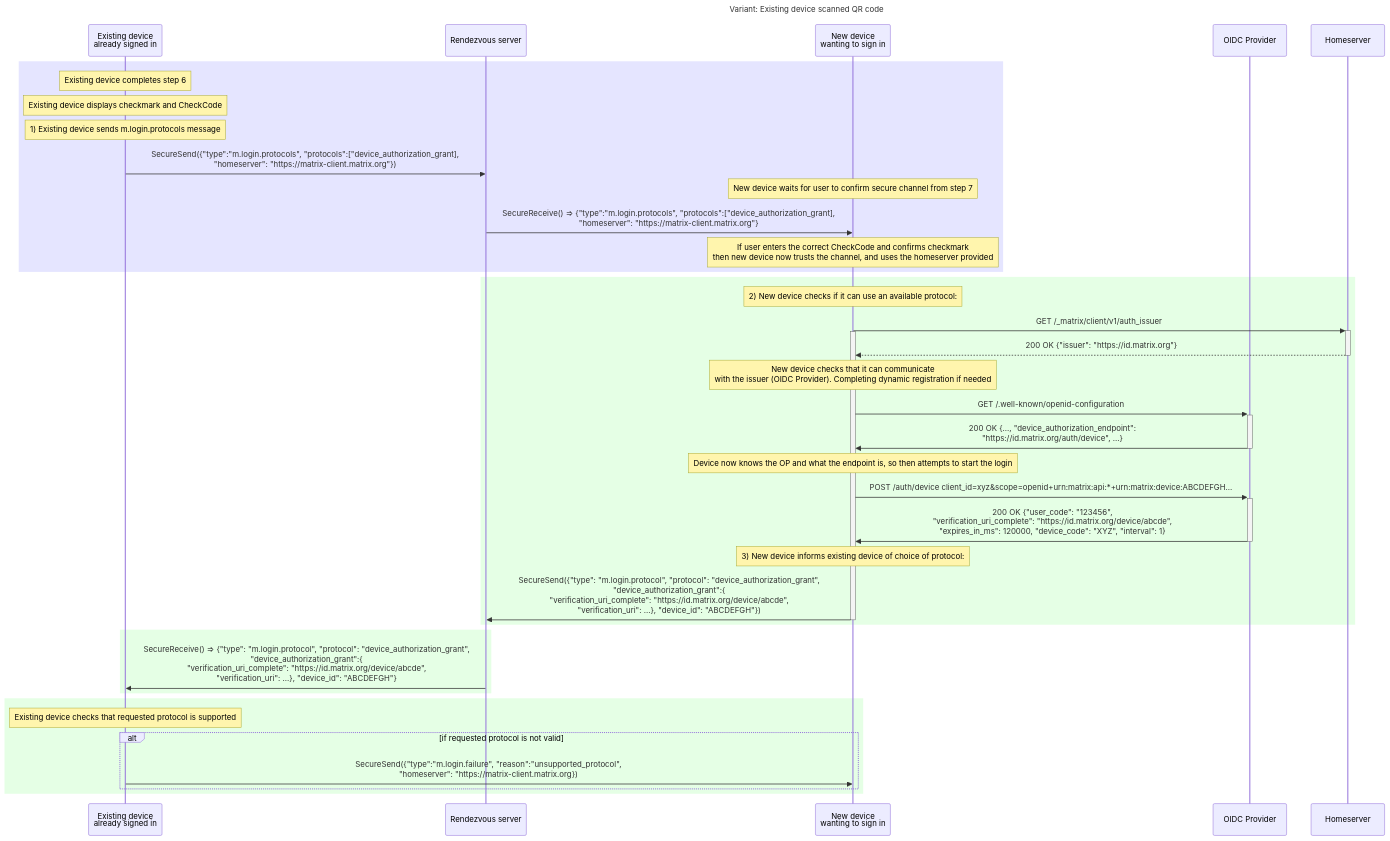
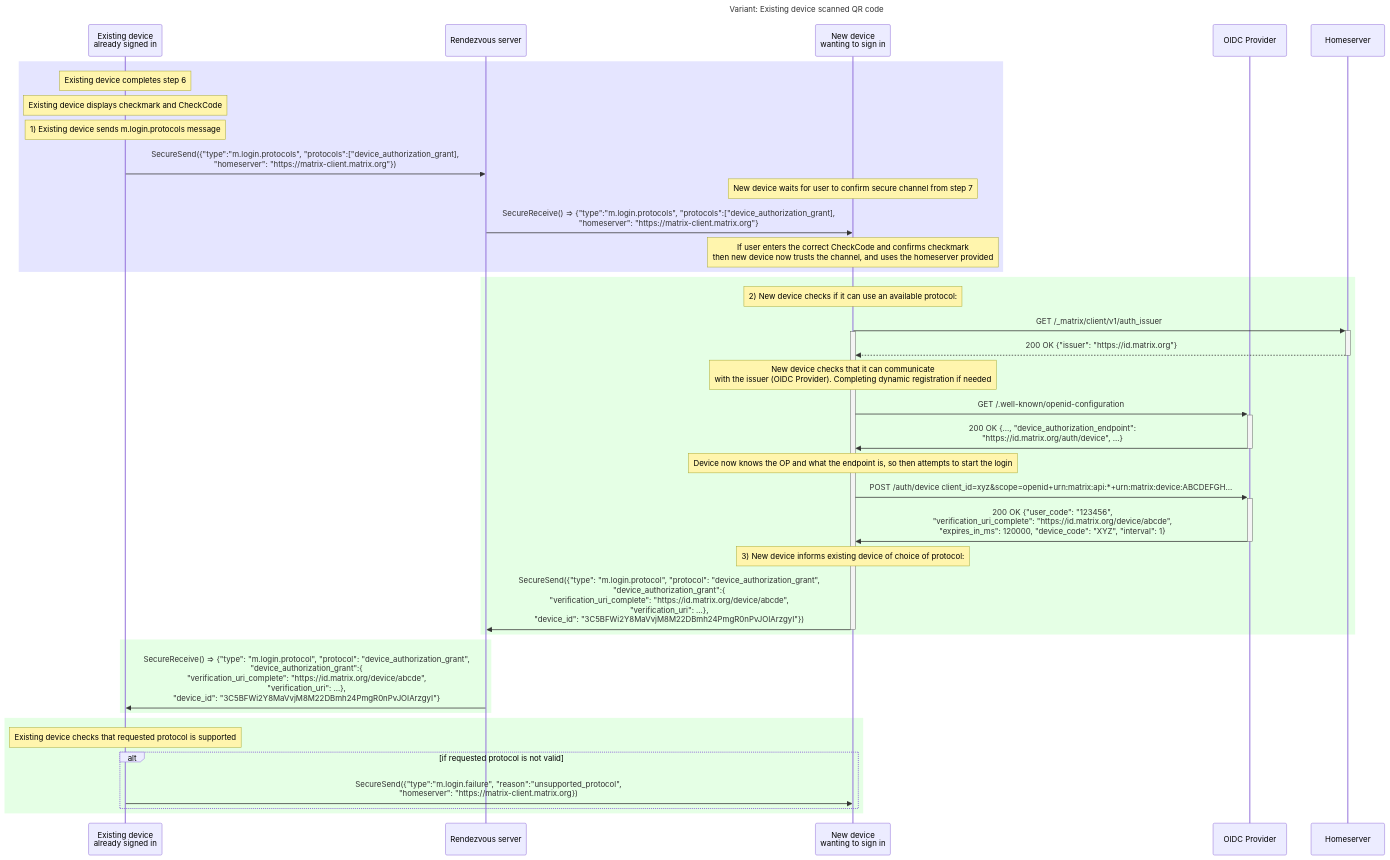
The fourth of 6 diagrams in proposals/4108-oidc-qr-login.md (matrix-org/matrix-spec-proposals), drawn with Mermaid before and after one commit. The commit also changed other lines of this file, not shown here.

Commit message:
Commit to device ID = identity key and prove ownership of that key.

````diff
--- a/proposals/4108-oidc-qr-login.md
+++ b/proposals/4108-oidc-qr-login.md
@@ -883,65 +891,65 @@
 ```mermaid
 sequenceDiagram
     title: Variant: Existing device scanned QR code
     participant E as Existing device <br>already signed in
     participant Z as Rendezvous server
     participant N as New device <br>wanting to sign in
     participant OP as OIDC Provider
     participant HS as Homeserver
 
 
     #alt if New device scanned QR code
     #    note over N: New device completes checks from secure channel establishment step 6 - it now trusts the channel
     #    note over N: 1) New device got Homeserver base URL from QR code
 
     rect rgba(0,0,255, 0.1)
     #else if Existing device scanned QR code
         note over E: Existing device completes step 6
         note over E: Existing device displays checkmark and CheckCode
         note over E: 1) Existing device sends m.login.protocols message
         E->>Z: SecureSend({"type":"m.login.protocols", "protocols":["device_authorization_grant],<br> "homeserver": "https://matrix-client.matrix.org"})
         note over N: New device waits for user to confirm secure channel from step 7
         Z->>N: SecureReceive() => {"type":"m.login.protocols", "protocols":["device_authorization_grant],<br> "homeserver": "https://matrix-client.matrix.org"}
         note over N: If user enters the correct CheckCode and confirms checkmark<br>then new device now trusts the channel, and uses the homeserver provided
     end
 
 
     rect rgba(0,255,0, 0.1)
     note over N: 2) New device checks if it can use an available protocol:
         N->>+HS: GET /_matrix/client/v1/auth_issuer
     activate N
         HS-->>-N: 200 OK {"issuer": "https://id.matrix.org"}
         Note over N: New device checks that it can communicate<br> with the issuer (OIDC Provider). Completing dynamic registration if needed 
         N->>+OP: GET /.well-known/openid-configuration
         OP->>-N: 200 OK {..., "device_authorization_endpoint":<br> "https://id.matrix.org/auth/device", ...}
         Note over N: Device now knows the OP and what the endpoint is, so then attempts to start the login
         N->>+OP: POST /auth/device client_id=xyz&scope=openid+urn:matrix:api:*+urn:matrix:device:ABCDEFGH...
         OP->>-N: 200 OK {"user_code": "123456",<br>"verification_uri_complete": "https://id.matrix.org/device/abcde",<br>"expires_in_ms": 120000, "device_code": "XYZ", "interval": 1}
         note over N: 3) New device informs existing device of choice of protocol:
-        N->>Z: SecureSend({"type": "m.login.protocol", "protocol": "device_authorization_grant",<br> "device_authorization_grant":{<br>"verification_uri_complete": "https://id.matrix.org/device/abcde",<br>"verification_uri": ...}, "device_id": "ABCDEFGH"})
+        N->>Z: SecureSend({"type": "m.login.protocol", "protocol": "device_authorization_grant",<br> "device_authorization_grant":{<br>"verification_uri_complete": "https://id.matrix.org/device/abcde",<br>"verification_uri": ...},<br>"device_id": "3C5BFWi2Y8MaVvjM8M22DBmh24PmgR0nPvJOIArzgyI"})
 
     deactivate N
     end
 
     # alt if New device scanned QR code
     #    note over N: New device displays checkmark and CheckCode
     #    note over E: Existing device waits for user to enter CheckCode<br>and confirm secure channel from step 7
     #end
 
     rect rgba(0,255,0, 0.1)
-        Z->>E: SecureReceive() => {"type": "m.login.protocol", "protocol": "device_authorization_grant",<br> "device_authorization_grant":{<br>"verification_uri_complete": "https://id.matrix.org/device/abcde",<br>"verification_uri": ...}, "device_id": "ABCDEFGH"}
+        Z->>E: SecureReceive() => {"type": "m.login.protocol", "protocol": "device_authorization_grant",<br> "device_authorization_grant":{<br>"verification_uri_complete": "https://id.matrix.org/device/abcde",<br>"verification_uri": ...},<br>"device_id": "3C5BFWi2Y8MaVvjM8M22DBmh24PmgR0nPvJOIArzgyI"}
     end
 
     # alt if New device scanned QR code
     #    note over E: If user entered correct CheckCode<br>and confirms checkmark then existing device now trusts the channel
     #end
 
 
     rect rgba(0,255,0, 0.1)
     note over E: Existing device checks that requested protocol is supported
 
     alt if requested protocol is not valid
         E->>N: SecureSend({"type":"m.login.failure", "reason":"unsupported_protocol",<br>"homeserver": "https://matrix-client.matrix.org})
     end
     end
 ```
````
